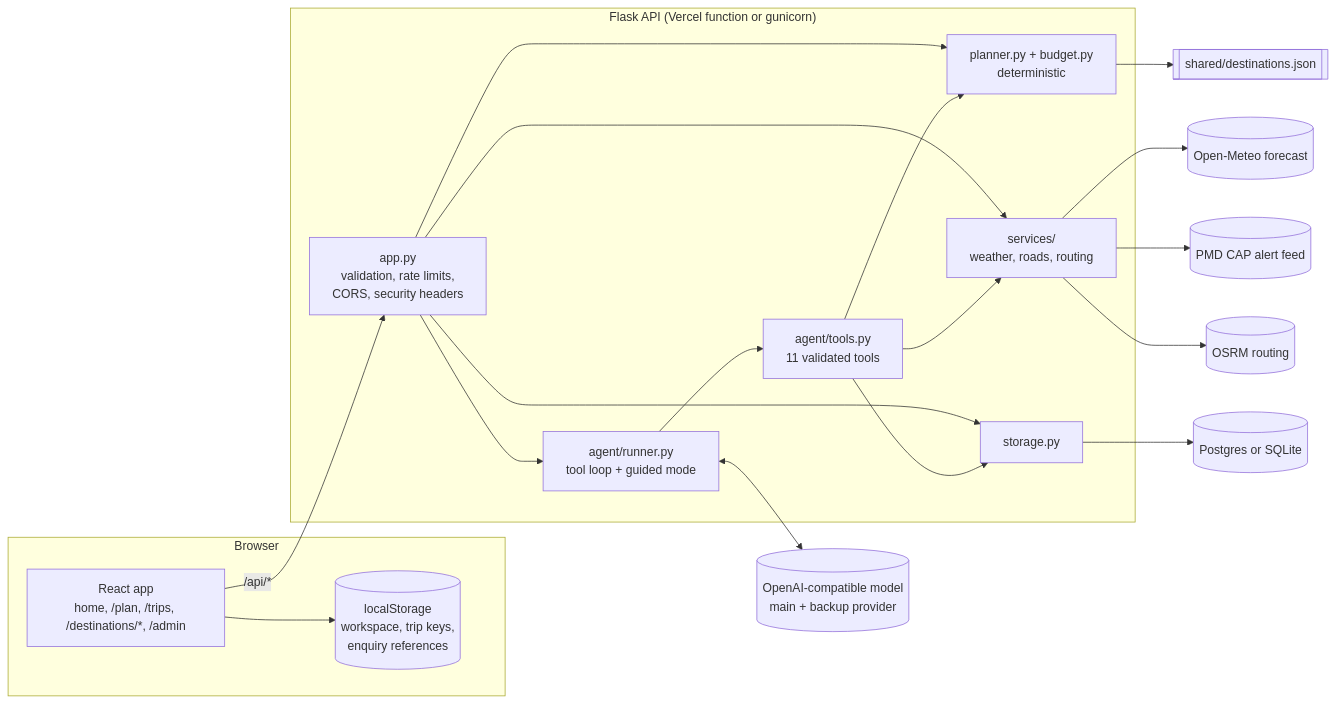
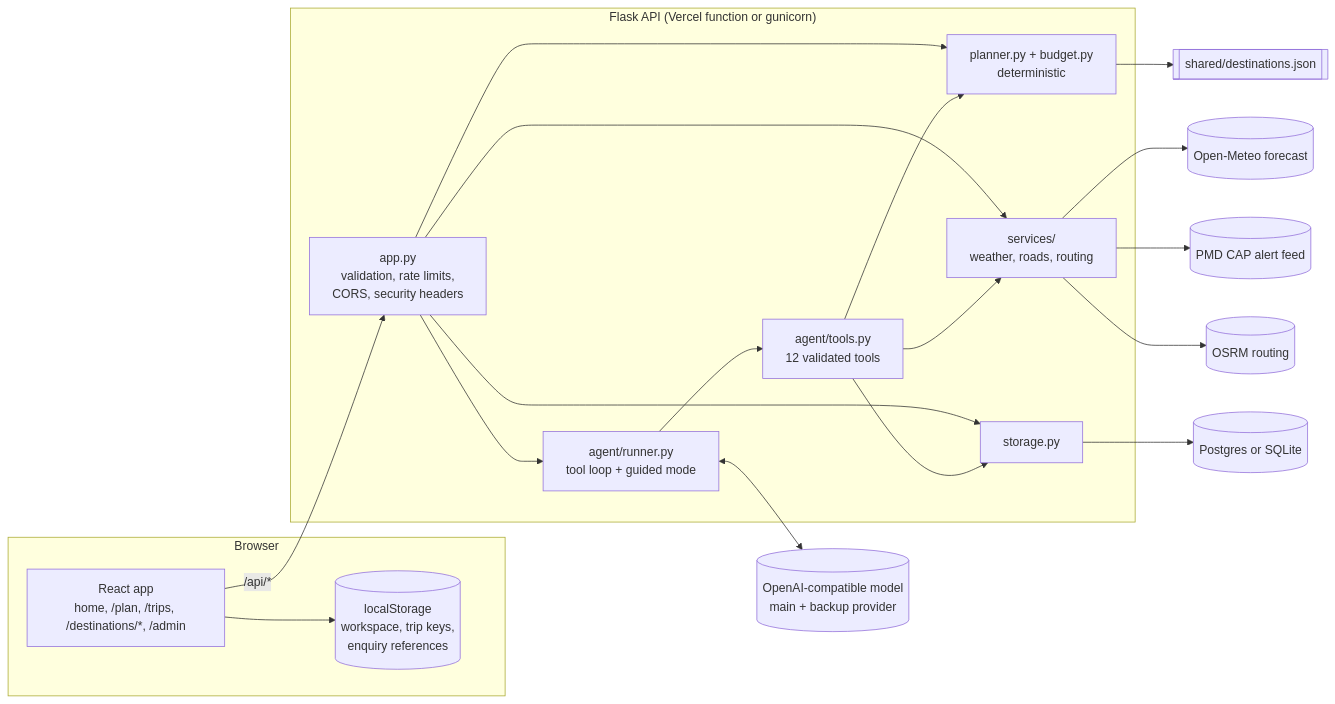
One commit to Qamar7071/Agent changed the diagram in docs/ARCHITECTURE.md. Above: the diagram before and after it, drawn with Mermaid. The commit also changed other lines of this file and 22 other files, not shown here.

````diff
--- a/docs/ARCHITECTURE.md
+++ b/docs/ARCHITECTURE.md
@@ -12,30 +12,30 @@
 ```mermaid
 flowchart LR
   subgraph Browser
     UI[React app<br/>home, /plan, /trips, /destinations/*, /admin]
     LS[(localStorage<br/>workspace, trip keys,<br/>enquiry references)]
   end
   subgraph Server["Flask API (Vercel function or gunicorn)"]
     API[app.py<br/>validation, rate limits,<br/>CORS, security headers]
     AG[agent/runner.py<br/>tool loop + guided mode]
-    TL[agent/tools.py<br/>11 validated tools]
+    TL[agent/tools.py<br/>12 validated tools]
     PL[planner.py + budget.py<br/>deterministic]
     SV[services/<br/>weather, roads, routing]
     DB[storage.py]
   end
   LLM[(OpenAI-compatible model<br/>main + backup provider)]
   OM[(Open-Meteo forecast)]
   PMD[(PMD CAP alert feed)]
   OSRM[(OSRM routing)]
   PG[(Postgres or SQLite)]
   DATA[[shared/destinations.json]]
 
   UI -- /api/* --> API --> AG --> TL
   AG <--> LLM
   TL --> PL & SV & DB
   API --> PL & SV & DB
   SV --> OM & PMD & OSRM
   DB --> PG
   PL --> DATA
   UI --> LS
 ```
````
